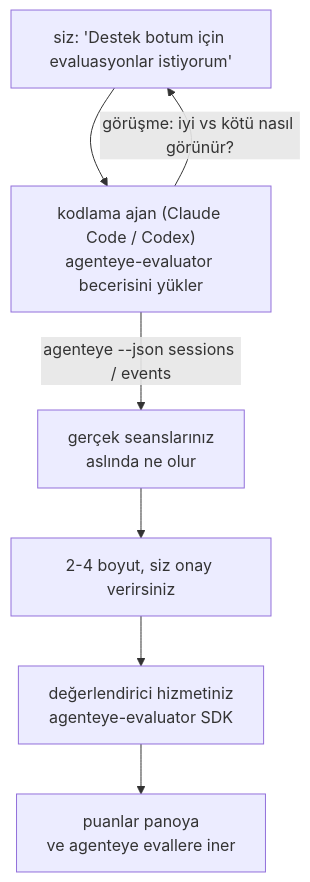
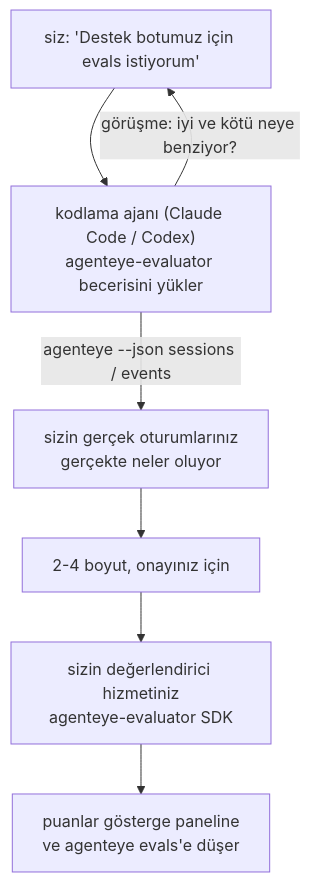
Before and after one commit to FailproofAI/failproofai: the diagram in docs/tr/agenteye/evaluator-skill.mdx, drawn with Mermaid. The commit also changed other lines of this file and 678 other files, not shown here.

````diff
--- a/docs/tr/agenteye/evaluator-skill.mdx
+++ b/docs/tr/agenteye/evaluator-skill.mdx
@@ -20,9 +21,9 @@
 ```mermaid
 flowchart TD
-    YOU["siz: 'Destek botum için evaluasyonlar istiyorum'"] --> AGENT["kodlama ajan (Claude Code / Codex)<br/>agenteye-evaluator becerisini yükler"]
-    AGENT -->|"görüşme: iyi vs kötü nasıl görünür?"| YOU
-    AGENT -->|"agenteye --json sessions / events"| DATA["gerçek seanslarınız<br/>aslında ne olur"]
-    DATA --> DIMS["2-4 boyut, siz onay verirsiniz"]
-    DIMS --> SVC["değerlendirici hizmetiniz<br/>agenteye-evaluator SDK"]
-    SVC --> SCORES["puanlar panoya<br/>ve agenteye evallere iner"]
+    YOU["siz: 'Destek botumuz için evals istiyorum'"] --> AGENT["kodlama ajanı (Claude Code / Codex)<br/>agenteye-evaluator becerisini yükler"]
+    AGENT -->|"görüşme: iyi ve kötü neye benziyor?"| YOU
+    AGENT -->|"agenteye --json sessions / events"| DATA["sizin gerçek oturumlarınız<br/>gerçekte neler oluyor"]
+    DATA --> DIMS["2-4 boyut, onayınız için"]
+    DIMS --> SVC["sizin değerlendirici hizmetiniz<br/>agenteye-evaluator SDK"]
+    SVC --> SCORES["puanlar gösterge paneline<br/>ve agenteye evals'e düşer"]
 ```
````
